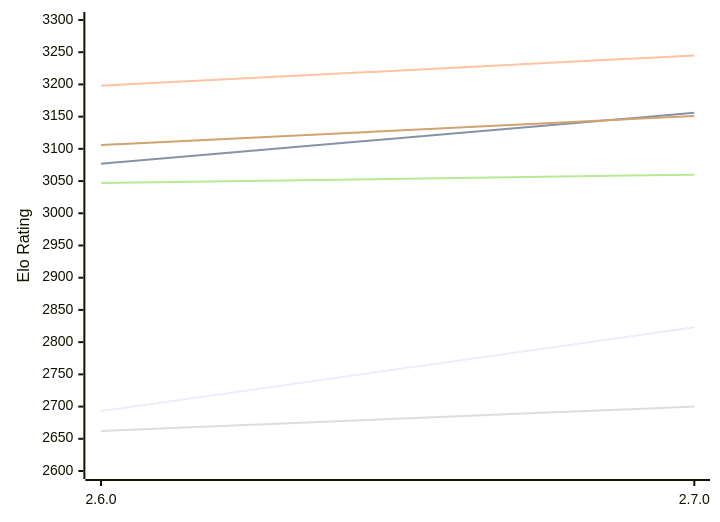
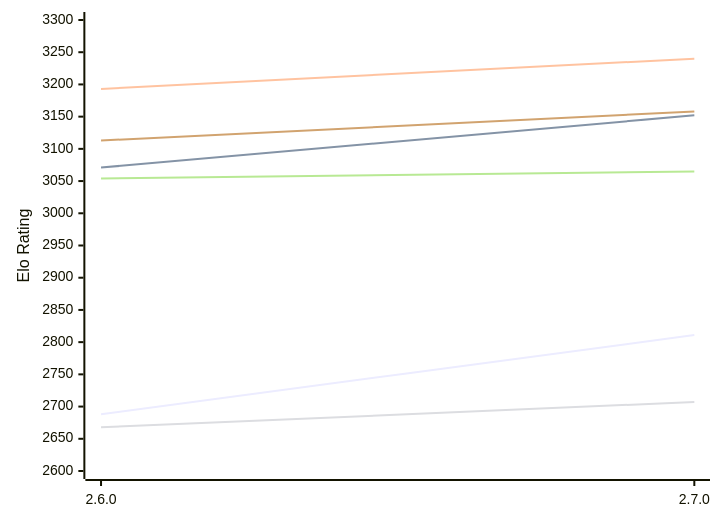
The first of 2 diagrams in engines/Sturddle2.md (computer-chess-index/cci), drawn with Mermaid before and after one commit. The commit also changed other lines of this file, not shown here.

Commit message:
Update CCI Ratings (ELO VLTC) - 2026-11-18

````diff
--- a/engines/Sturddle2.md
+++ b/engines/Sturddle2.md
@@ -51,12 +51,12 @@
 ```mermaid
 %%{init: {"theme":"base","themeVariables":{"seriesColors:['#a3a3a3','#222221','#faa371']}}}%%
 xychart-beta
   x-axis ["2.6.0", "2.7.0"]
   y-axis "Elo Rating" 2600 --> 3300
-  line "E1: STC (8.0+0.08s)" [2693, 2823]
-  line "E1: LTC (60.0+0.60s)" [3077, 3156]
-  line "E1: VLTC (2m24s+1.12s)" [3198, 3245]
-  line "P1: STC (8.0+0.08s)" [2662, 2700]
-  line "P1: LTC (60.0+0.60s)" [3047, 3060]
-  line "P1: VLTC (2m24s+1.12s)" [3106, 3151]
+  line "E1: STC (8.0+0.08s)" [2688, 2811]
+  line "E1: LTC (60.0+0.60s)" [3071, 3152]
+  line "E1: VLTC (2m24s+1.12s)" [3193, 3240]
+  line "P1: STC (8.0+0.08s)" [2668, 2707]
+  line "P1: LTC (60.0+0.60s)" [3054, 3065]
+  line "P1: VLTC (2m24s+1.12s)" [3113, 3158]
 ```
````
